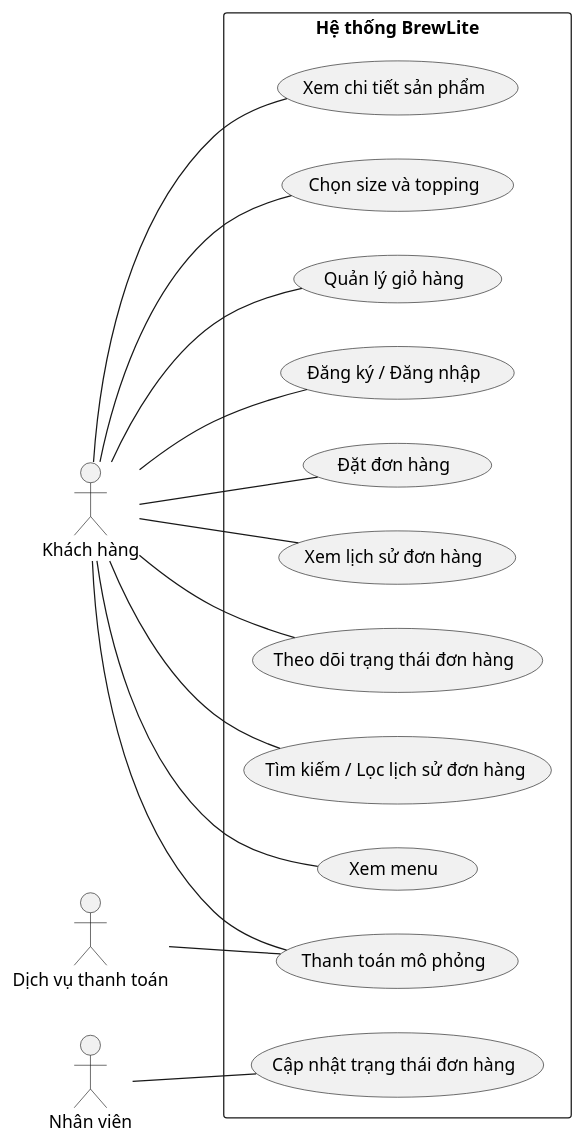
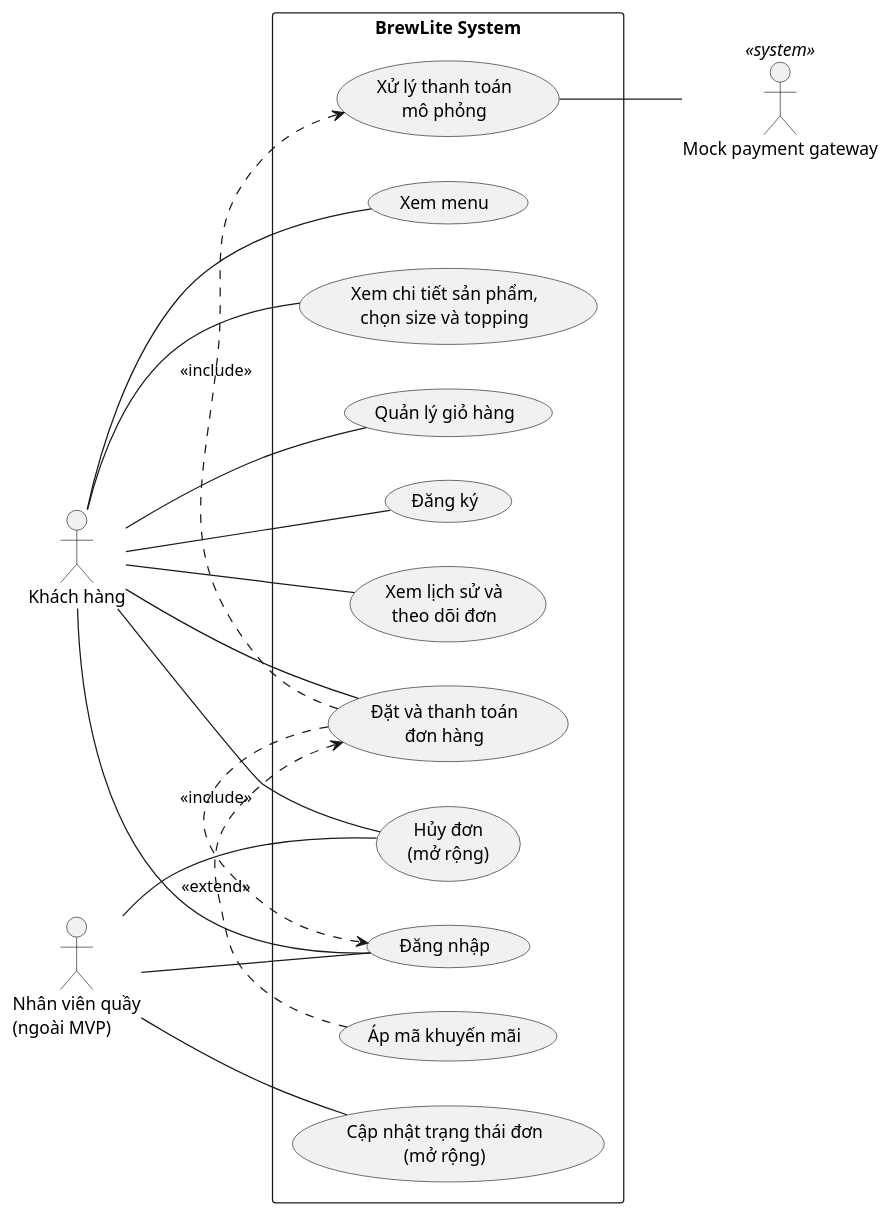
The diagram in docs/diagrams/use-case-overview.puml (Tuan250206/BrewLite_Assignment2), drawn with PlantUML before and after one commit. The commit also changed other lines of this file and 4 other files, not shown here.

Commit message:
chinh sua noi dung task 1.2 va task 1.3 - so do use case  dat va thanh toan hoan

```diff
--- a/docs/diagrams/use-case-overview.puml
+++ b/docs/diagrams/use-case-overview.puml
@@ -2,40 +1,43 @@
-@startuml
+@startuml use-case-overview
 left to right direction
 skinparam packageStyle rectangle
 
 actor "Khách hàng" as Customer
-actor "Nhân viên" as Staff
-actor "Dịch vụ thanh toán" as PaymentService
+actor "Nhân viên quầy\n(ngoài MVP)" as Staff
+actor "Mock payment gateway" as Payment <<system>>
 
-rectangle "Hệ thống BrewLite" {
+rectangle "BrewLite System" {
+  usecase "Xem menu" as UC_Menu
+  usecase "Xem chi tiết sản phẩm,\nchọn size và topping" as UC_Detail
+  usecase "Quản lý giỏ hàng" as UC_Cart
+  usecase "Đăng ký" as UC_Register
+  usecase "Đăng nhập" as UC_Login
 
-    usecase "Xem menu" as UC01
-    usecase "Xem chi tiết sản phẩm" as UC02
-    usecase "Chọn size và topping" as UC03
-    usecase "Quản lý giỏ hàng" as UC04
+  usecase "Đặt và thanh toán\nđơn hàng" as UC_Order
+  usecase "Xử lý thanh toán\nmô phỏng" as UC_Pay
+  usecase "Áp mã khuyến mãi" as UC_Promo
 
-    usecase "Đăng ký / Đăng nhập" as UC05
-    usecase "Đặt đơn hàng" as UC06
-    usecase "Thanh toán mô phỏng" as UC07
-    usecase "Xem lịch sử đơn hàng" as UC08
-    usecase "Theo dõi trạng thái đơn hàng" as UC09
-
-    usecase "Cập nhật trạng thái đơn hàng" as UC10
-    usecase "Tìm kiếm / Lọc lịch sử đơn hàng" as UC11
+  usecase "Xem lịch sử và\ntheo dõi đơn" as UC_History
+  usecase "Hủy đơn\n(mở rộng)" as UC_Cancel
+  usecase "Cập nhật trạng thái đơn\n(mở rộng)" as UC_Status
 }
 
-Customer -- UC01
-Customer -- UC02
-Customer -- UC03
-Customer -- UC04
-Customer -- UC05
-Customer -- UC06
-Customer -- UC07
-Customer -- UC08
-Customer -- UC09
-Customer -- UC11
+Customer -- UC_Menu
+Customer -- UC_Detail
+Customer -- UC_Cart
+Customer -- UC_Register
+Customer -- UC_Login
+Customer -- UC_Order
+Customer -- UC_History
+Customer -- UC_Cancel
 
-Staff -- UC10
-PaymentService -- UC07
+Staff -- UC_Login
+Staff -- UC_Cancel
+Staff -- UC_Status
 
+UC_Pay -- Payment
+
+UC_Order .> UC_Pay   : <<include>>
+UC_Order .> UC_Login : <<include>>
+UC_Promo .> UC_Order : <<extend>>
 @enduml
```
